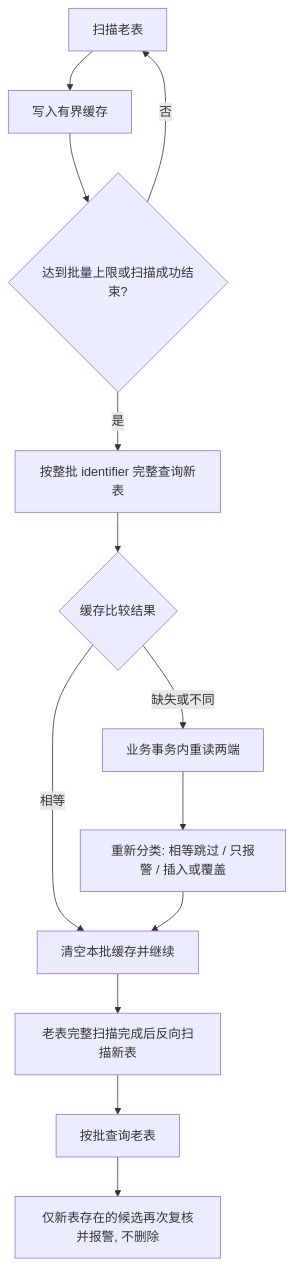
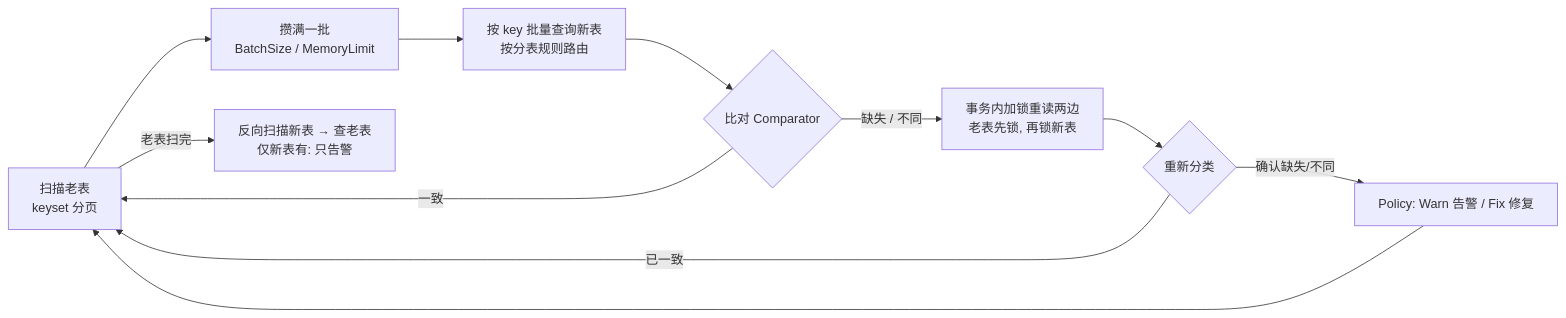
Before and after one commit to a52tianshi/db-table-fulfill-reconcile-fix: the diagram in README.md, drawn with Mermaid. The commit also changed other lines of this file and 28 other files, not shown here.

````diff
--- a/README.md
+++ b/README.md
@@ -27,15 +15,13 @@
 ```mermaid
-flowchart TD
-    A[扫描老表] --> B[写入有界缓存]
-    B --> C{达到批量上限或扫描成功结束?}
-    C -->|否| A
-    C -->|是| D[按整批 identifier 完整查询新表]
-    D --> E{缓存比较结果}
-    E -->|相等| F[清空本批缓存并继续]
-    E -->|缺失或不同| G[业务事务内重读两端]
-    G --> H[重新分类: 相等跳过 / 只报警 / 插入或覆盖]
-    H --> F
-    F --> I[老表完整扫描完成后反向扫描新表]
-    I --> J[按批查询老表]
-    J --> K[仅新表存在的候选再次复核并报警, 不删除]
+flowchart LR
+    A[扫描老表<br/>keyset 分页] --> B[攒满一批<br/>BatchSize / MemoryLimit]
+    B --> C[按 key 批量查询新表<br/>按分表规则路由]
+    C --> D{比对 Comparator}
+    D -->|一致| A
+    D -->|缺失 / 不同| E[事务内加锁重读两边<br/>老表先锁, 再锁新表]
+    E --> F{重新分类}
+    F -->|已一致| A
+    F -->|确认缺失/不同| G[Policy: Warn 告警 / Fix 修复]
+    G --> A
+    A -->|老表扫完| H[反向扫描新表 → 查老表<br/>仅新表有: 只告警]
 ```
````
